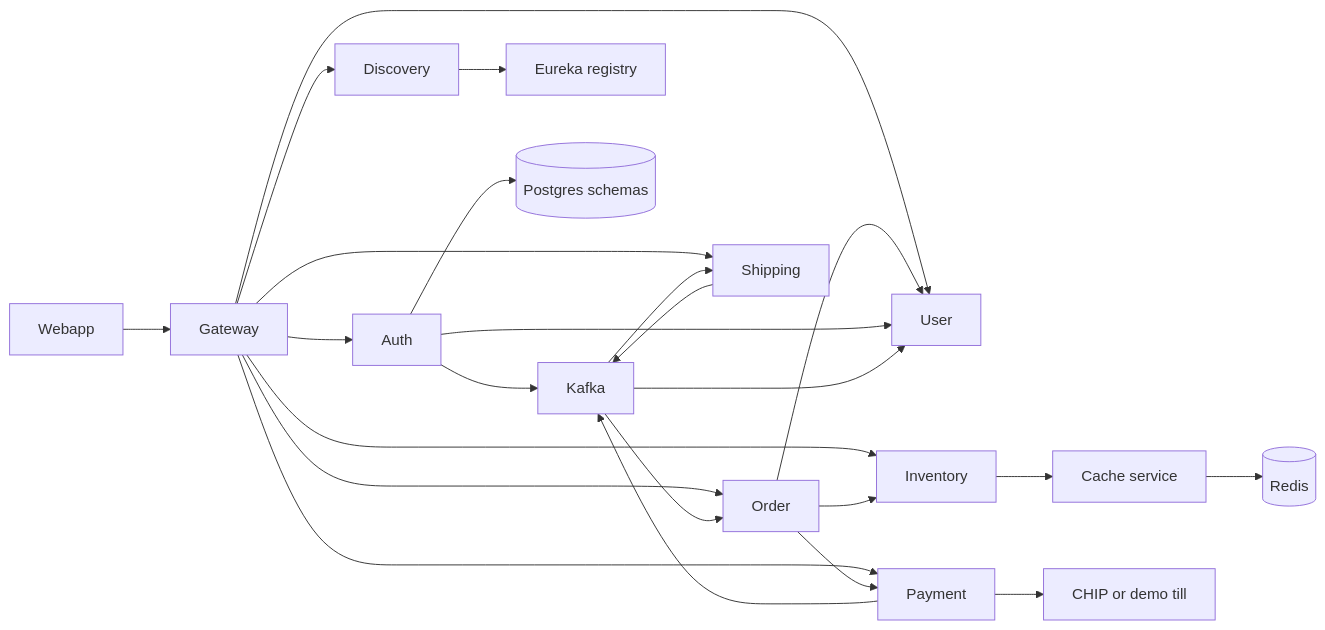
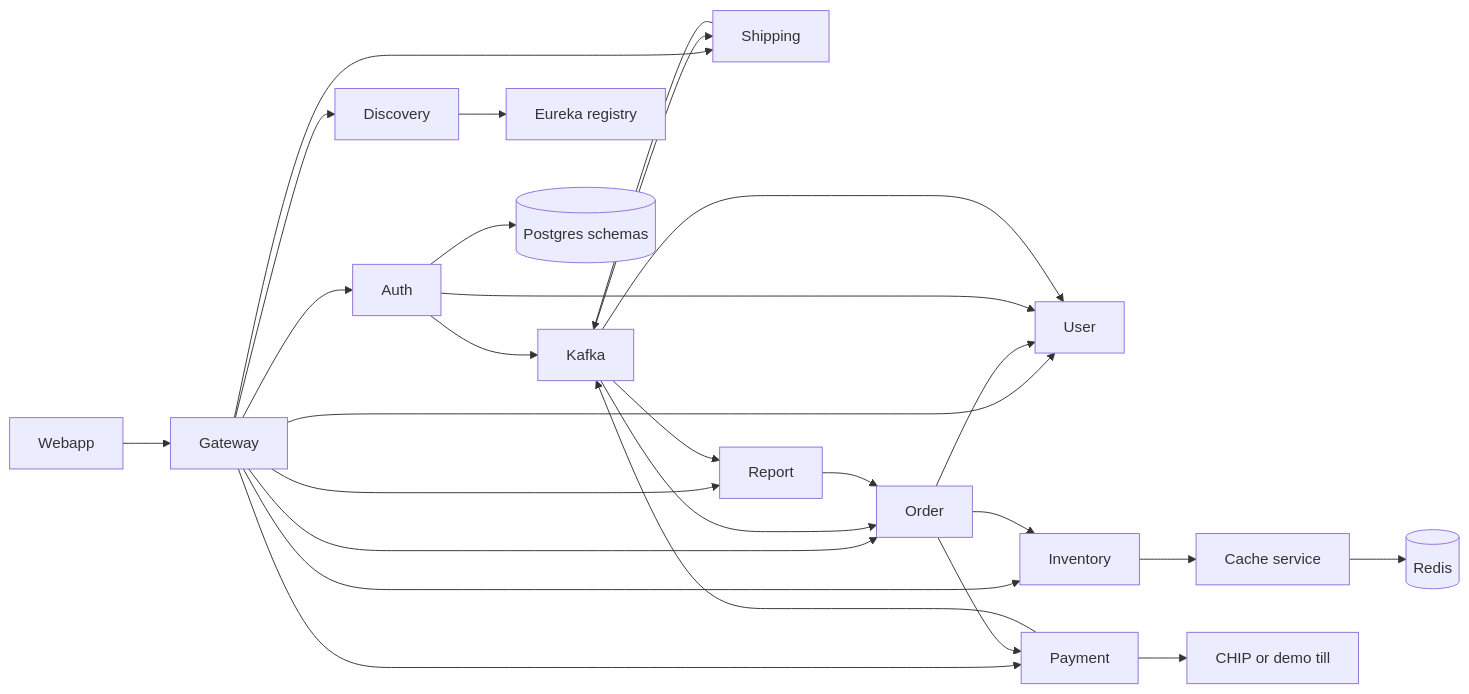
Before and after one commit to syamil24/pc-build-microservices: the diagram in docs/ARCHITECTURE.md, drawn with Mermaid. The commit also changed other lines of this file and 27 other files, not shown here.

````diff
--- a/docs/ARCHITECTURE.md
+++ b/docs/ARCHITECTURE.md
@@ -5,26 +5,29 @@
 ```mermaid
 flowchart LR
   web[Webapp] --> gw[Gateway]
   gw --> auth[Auth]
   gw --> user[User]
   gw --> inv[Inventory]
   gw --> order[Order]
   gw --> pay[Payment]
   gw --> ship[Shipping]
   gw --> disc[Discovery]
+  gw --> report[Report]
   order --> inv
   order --> user
   order --> pay
   inv --> cache[Cache service]
   auth --> user
   pay --> chip[CHIP or demo till]
   auth --> kafka[Kafka]
   pay --> kafka
   ship --> kafka
   kafka --> user
   kafka --> order
   kafka --> ship
+  kafka --> report
+  report --> order
   cache --> redis[(Redis)]
   disc --> eureka[Eureka registry]
   auth --> pg[(Postgres schemas)]
 ```
````
